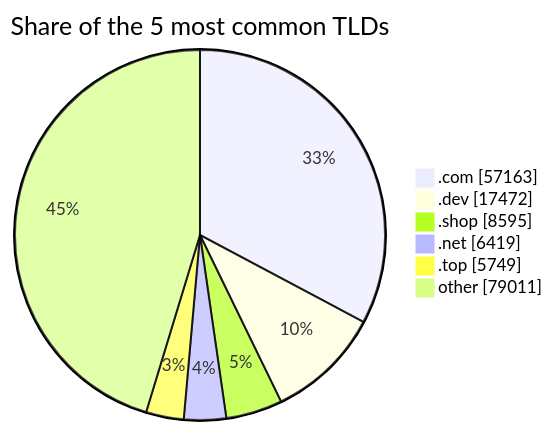
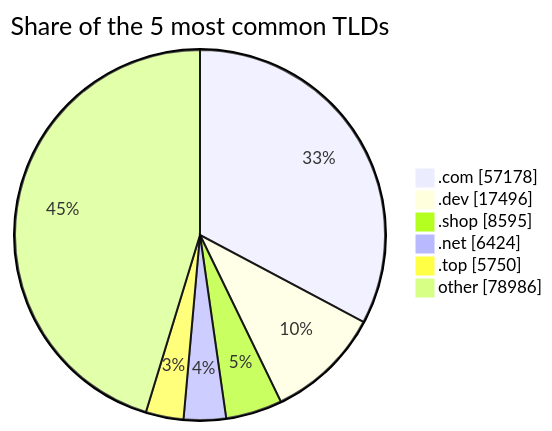
Before and after one commit to DNSBunker/CTI: the third of 3 diagrams in README.md, drawn with Mermaid. The commit also changed other lines of this file and 3 other files, not shown here.

````diff
--- a/README.md
+++ b/README.md
@@ -81,9 +81,9 @@
 ```mermaid
 pie showData title Share of the 5 most common TLDs
-    ".com" : 57163
-    ".dev" : 17472
+    ".com" : 57178
+    ".dev" : 17496
     ".shop" : 8595
-    ".net" : 6419
-    ".top" : 5749
-    "other" : 79011
+    ".net" : 6424
+    ".top" : 5750
+    "other" : 78986
 ```
````
